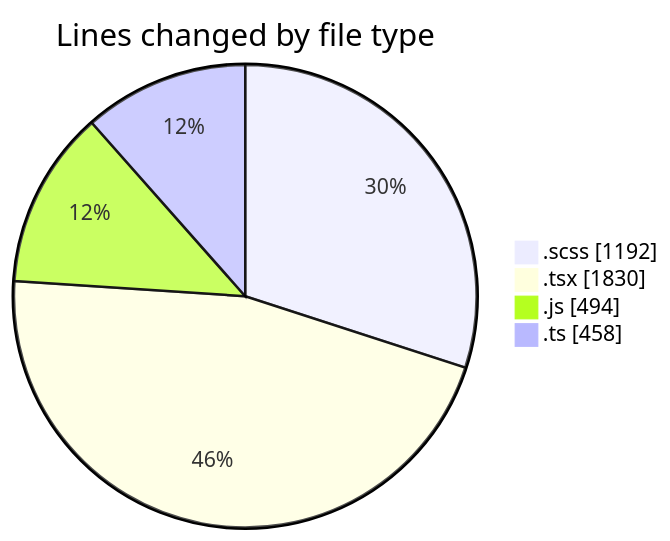
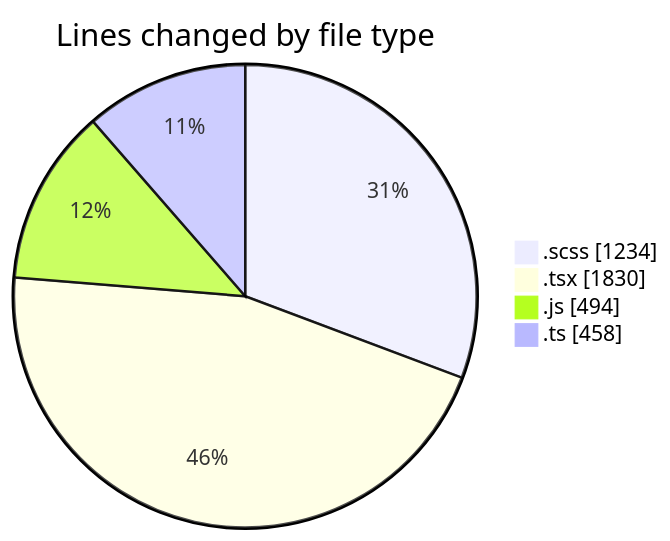
One commit to momahboobian/code-tracking changed the first of 2 diagrams in 2025-03-14/cda/README.md. Above: the diagram before and after it, drawn with Mermaid. The commit also changed other lines of this file and 1 other file, not shown here.

````diff
--- a/2025-03-14/cda/README.md
+++ b/2025-03-14/cda/README.md
@@ -41,8 +41,8 @@
 ```mermaid
 pie showData
 title Lines changed by file type
-".scss" : 1192
+".scss" : 1234
 ".tsx" : 1830
 ".js" : 494
 ".ts" : 458
 ```
````
